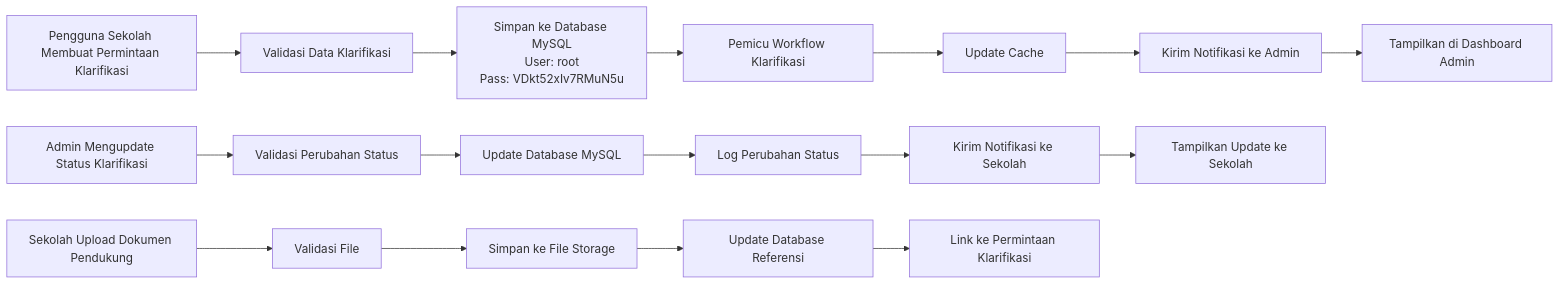
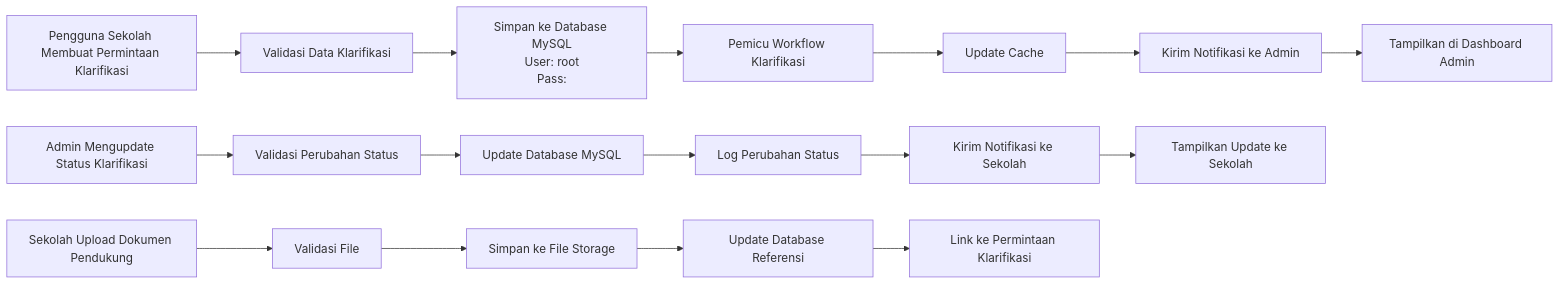
One commit to alibungker/superapp changed the sixth of 6 diagrams in akks/akks_Data_Architecture_Document(DAD).md. Above: the diagram before and after it, drawn with Mermaid. The commit also changed other lines of this file, not shown here.

````diff
--- a/akks/akks_Data_Architecture_Document(DAD).md
+++ b/akks/akks_Data_Architecture_Document(DAD).md
@@ -532,20 +532,20 @@
 ```mermaid
 flowchart LR
     A[Pengguna Sekolah Membuat Permintaan Klarifikasi] --> B[Validasi Data Klarifikasi]
-    B --> C[Simpan ke Database MySQL<br/>User: root<br/>Pass: VDkt52xIv7RMuN5u]
+    B --> C[Simpan ke Database MySQL<br/>User: root<br/>Pass: ]
     C --> D[Pemicu Workflow Klarifikasi]
     D --> E[Update Cache]
     E --> F[Kirim Notifikasi ke Admin]
     F --> G[Tampilkan di Dashboard Admin]
     
     H[Admin Mengupdate Status Klarifikasi] --> I[Validasi Perubahan Status]
     I --> J[Update Database MySQL]
     J --> K[Log Perubahan Status]
     K --> L[Kirim Notifikasi ke Sekolah]
     L --> M[Tampilkan Update ke Sekolah]
     
     N[Sekolah Upload Dokumen Pendukung] --> O[Validasi File]
     O --> P[Simpan ke File Storage]
     P --> Q[Update Database Referensi]
     Q --> R[Link ke Permintaan Klarifikasi]
 ```
````
